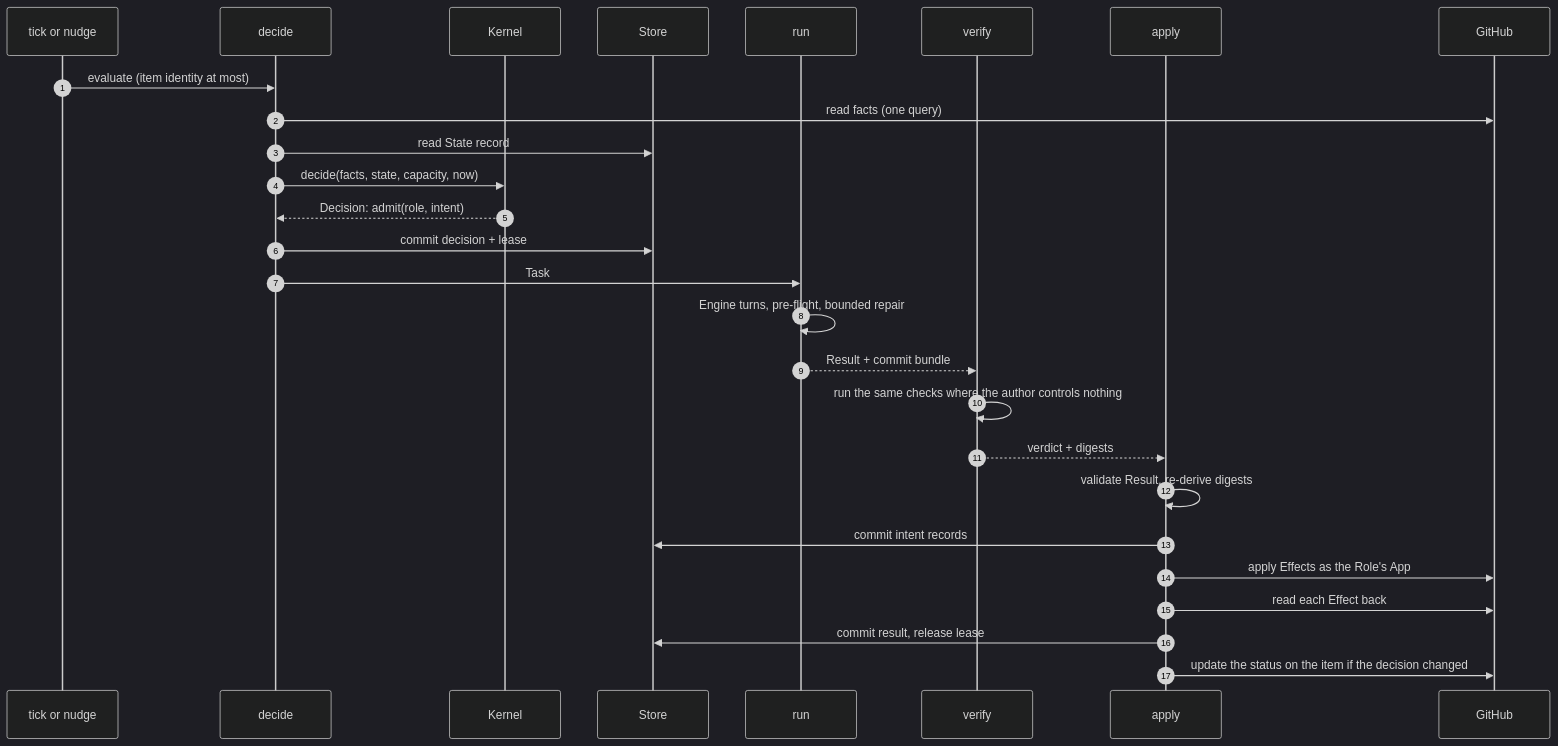
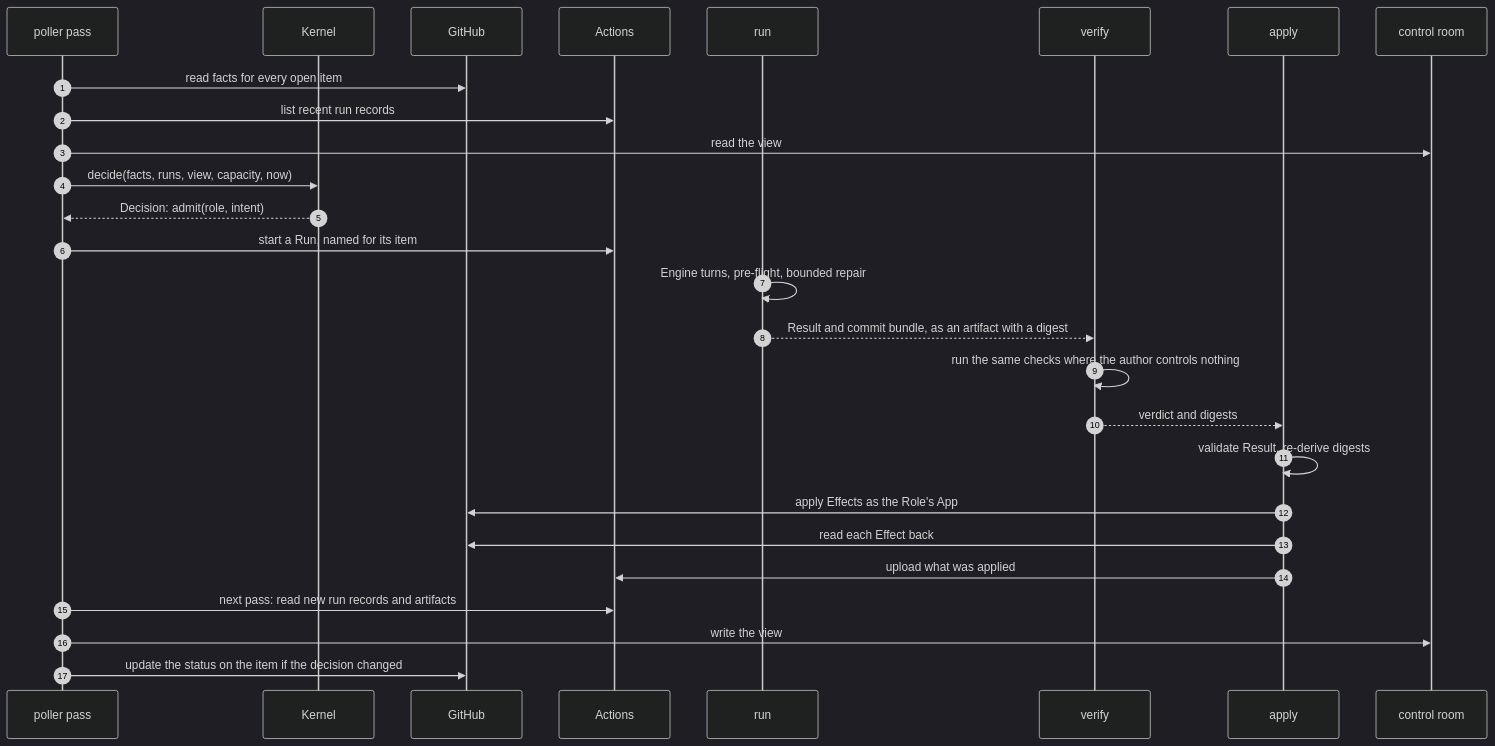
One commit to combsmith/.github-private changed the third of 5 diagrams in docs/architecture/software-factory-design.md. Above: the diagram before and after it, drawn with Mermaid (dark theme). The commit also changed other lines of this file and 4 other files, not shown here.

First line of the commit message:
docs: derive State, record Runs in Actions, add the control room

````diff
--- a/docs/architecture/software-factory-design.md
+++ b/docs/architecture/software-factory-design.md
@@ -152,30 +162,30 @@
 ```mermaid
 sequenceDiagram
   autonumber
-  participant W as tick or nudge
-  participant D as decide
+  participant P as poller pass
   participant K as Kernel
-  participant S as Store
+  participant G as GitHub
+  participant Ac as Actions
   participant R as run
   participant V as verify
   participant A as apply
-  participant G as GitHub
+  participant CR as control room
 
-  W->>D: evaluate (item identity at most)
-  D->>G: read facts (one query)
-  D->>S: read State record
-  D->>K: decide(facts, state, capacity, now)
-  K-->>D: Decision: admit(role, intent)
-  D->>S: commit decision + lease
-  D->>R: Task
+  P->>G: read facts for every open item
+  P->>Ac: list recent run records
+  P->>CR: read the view
+  P->>K: decide(facts, runs, view, capacity, now)
+  K-->>P: Decision: admit(role, intent)
+  P->>Ac: start a Run, named for its item
   R->>R: Engine turns, pre-flight, bounded repair
-  R-->>V: Result + commit bundle
+  R-->>V: Result and commit bundle, as an artifact with a digest
   V->>V: run the same checks where the author controls nothing
-  V-->>A: verdict + digests
+  V-->>A: verdict and digests
   A->>A: validate Result, re-derive digests
-  A->>S: commit intent records
   A->>G: apply Effects as the Role's App
   A->>G: read each Effect back
-  A->>S: commit result, release lease
-  A->>G: update the status on the item if the decision changed
+  A->>Ac: upload what was applied
+  P->>Ac: next pass: read new run records and artifacts
+  P->>CR: write the view
+  P->>G: update the status on the item if the decision changed
 ```
````
